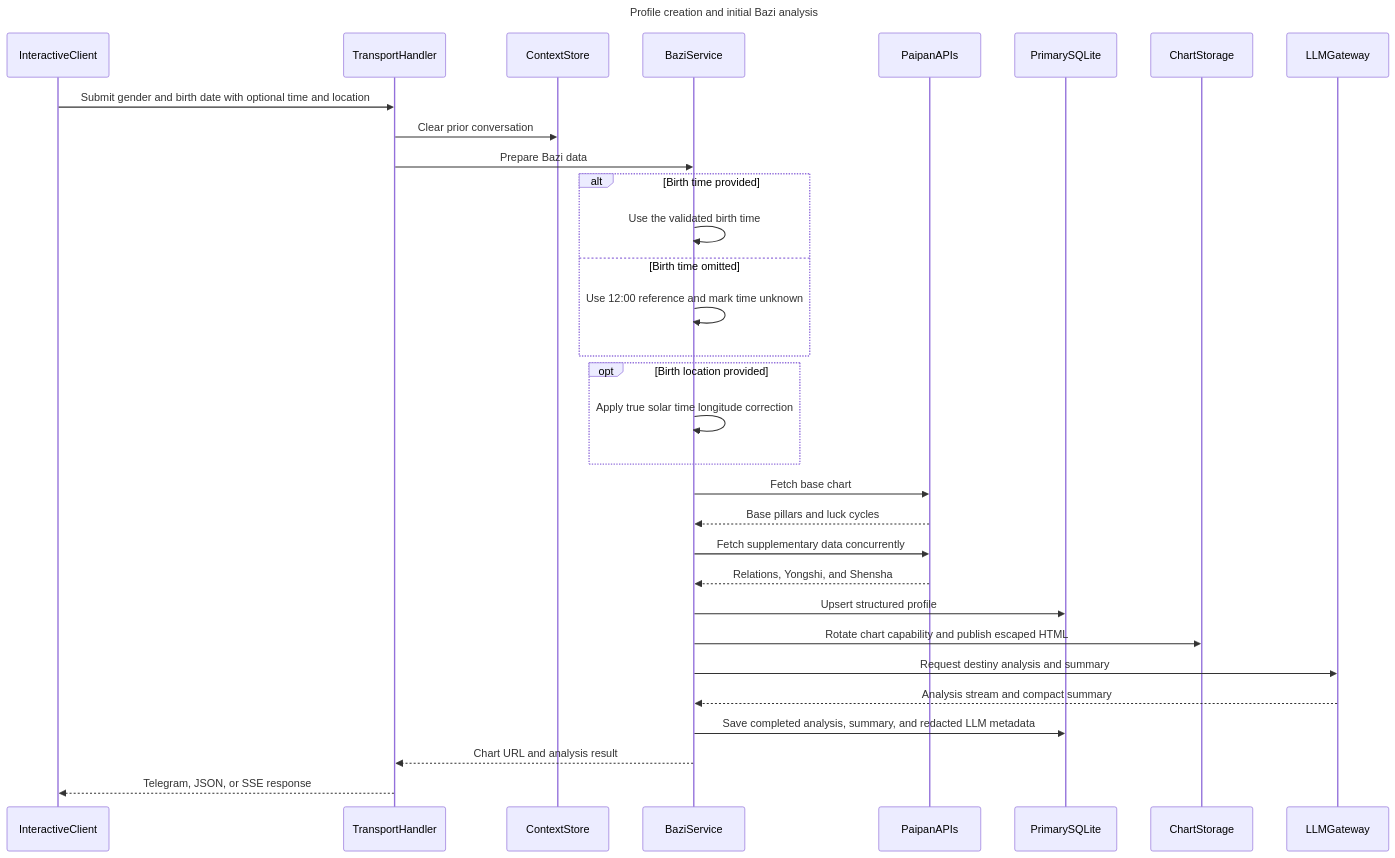
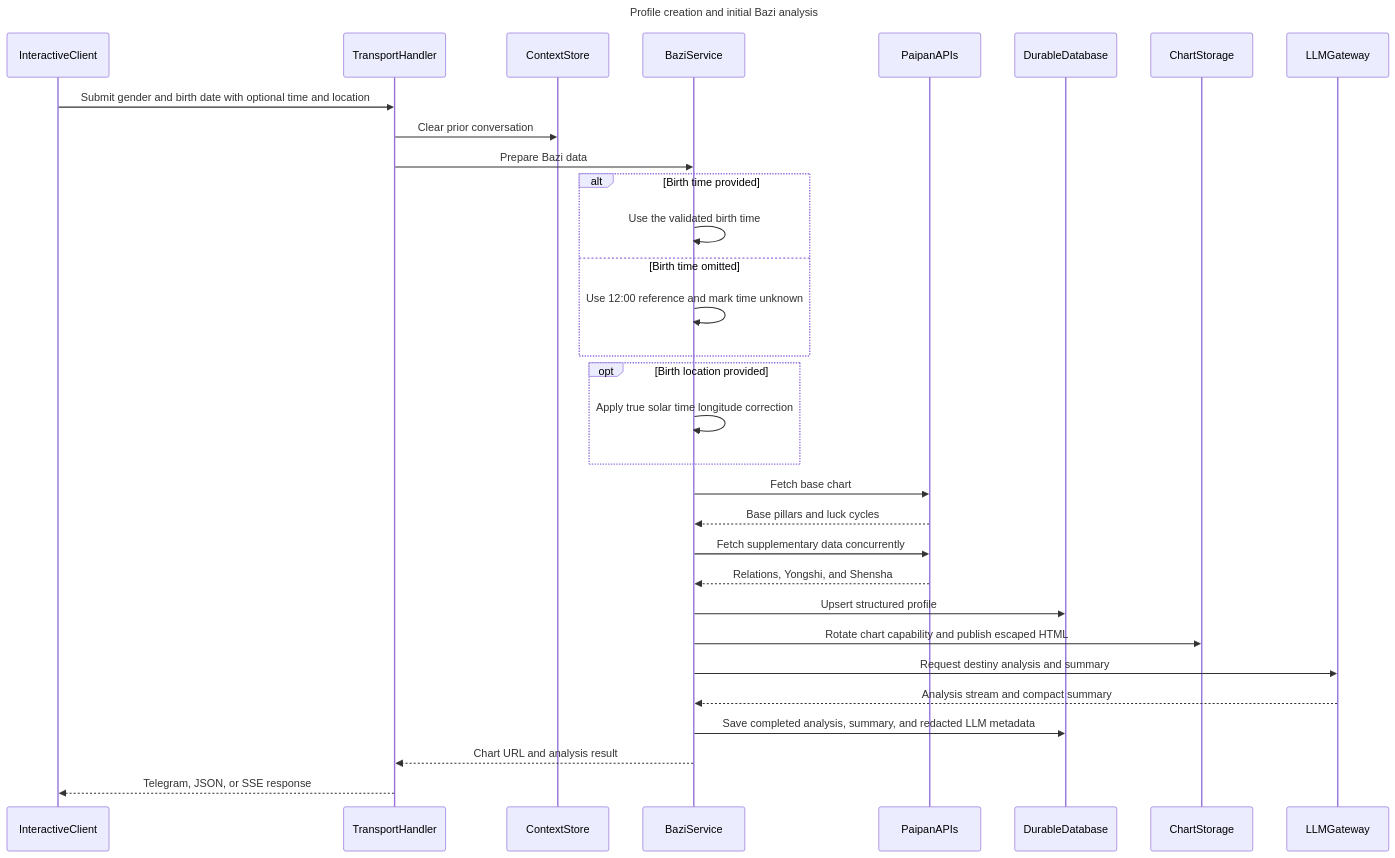
One commit to henius98/BaziFlowAgent changed the second of 6 diagrams in docs/project-flow-sequence.md. Above: the diagram before and after it, drawn with Mermaid. The commit also changed other lines of this file and 22 other files, not shown here.

````diff
--- a/docs/project-flow-sequence.md
+++ b/docs/project-flow-sequence.md
@@ -34,35 +38,35 @@
 ```mermaid
 sequenceDiagram
     title Profile creation and initial Bazi analysis
     participant InteractiveClient
     participant TransportHandler
     participant ContextStore
     participant BaziService
     participant PaipanAPIs
-    participant PrimarySQLite
+    participant DurableDatabase
     participant ChartStorage
     participant LLMGateway
 
     InteractiveClient->>TransportHandler: Submit gender and birth date with optional time and location
     TransportHandler->>ContextStore: Clear prior conversation
     TransportHandler->>BaziService: Prepare Bazi data
     alt Birth time provided
         BaziService->>BaziService: Use the validated birth time
     else Birth time omitted
         BaziService->>BaziService: Use 12:00 reference and mark time unknown
     end
     opt Birth location provided
         BaziService->>BaziService: Apply true solar time longitude correction
     end
     BaziService->>PaipanAPIs: Fetch base chart
     PaipanAPIs-->>BaziService: Base pillars and luck cycles
     BaziService->>PaipanAPIs: Fetch supplementary data concurrently
     PaipanAPIs-->>BaziService: Relations, Yongshi, and Shensha
-    BaziService->>PrimarySQLite: Upsert structured profile
+    BaziService->>DurableDatabase: Upsert structured profile
     BaziService->>ChartStorage: Rotate chart capability and publish escaped HTML
     BaziService->>LLMGateway: Request destiny analysis and summary
     LLMGateway-->>BaziService: Analysis stream and compact summary
-    BaziService->>PrimarySQLite: Save completed analysis, summary, and redacted LLM metadata
+    BaziService->>DurableDatabase: Save completed analysis, summary, and redacted LLM metadata
     BaziService-->>TransportHandler: Chart URL and analysis result
     TransportHandler-->>InteractiveClient: Telegram, JSON, or SSE response
 ```
````
